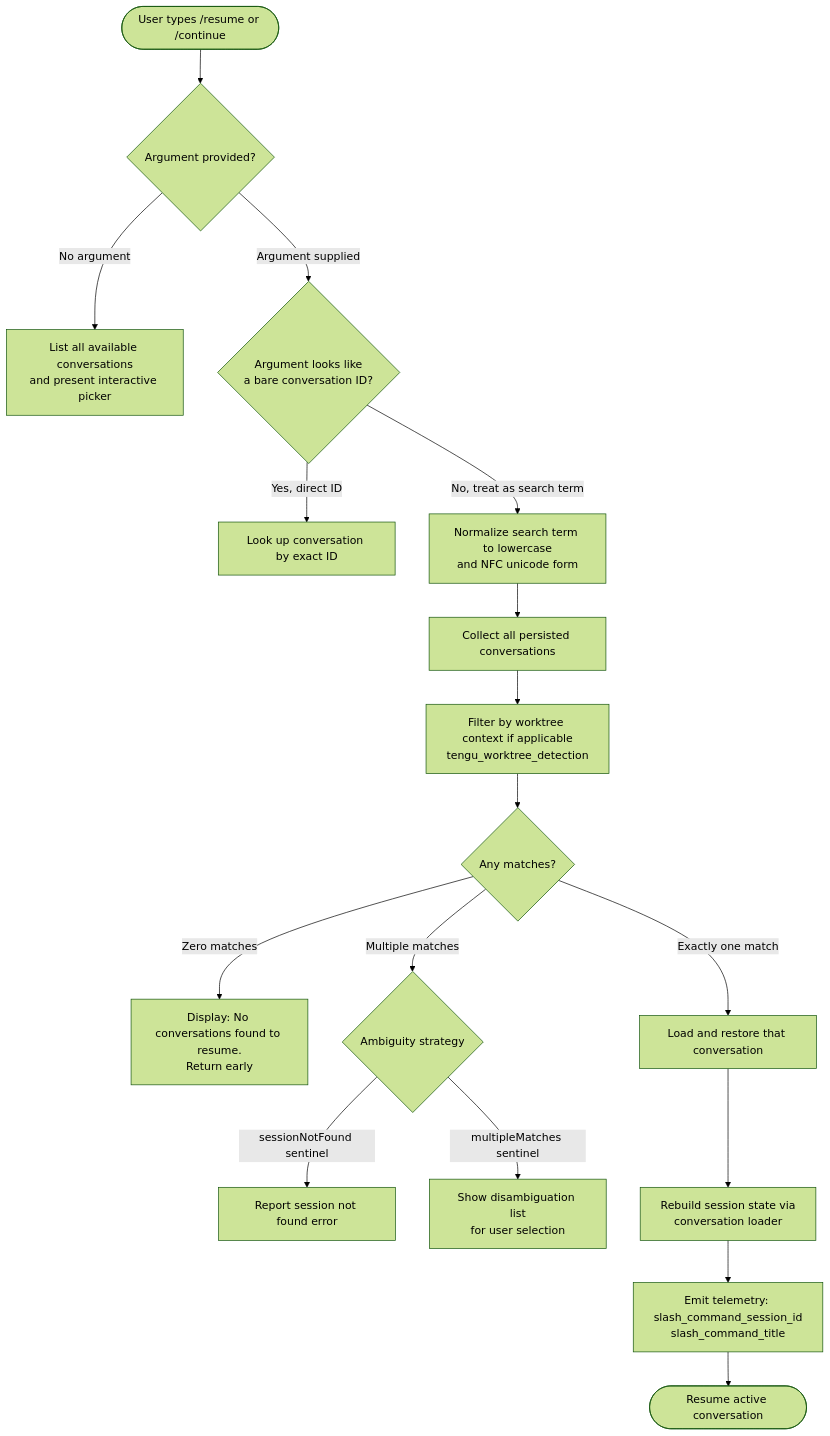
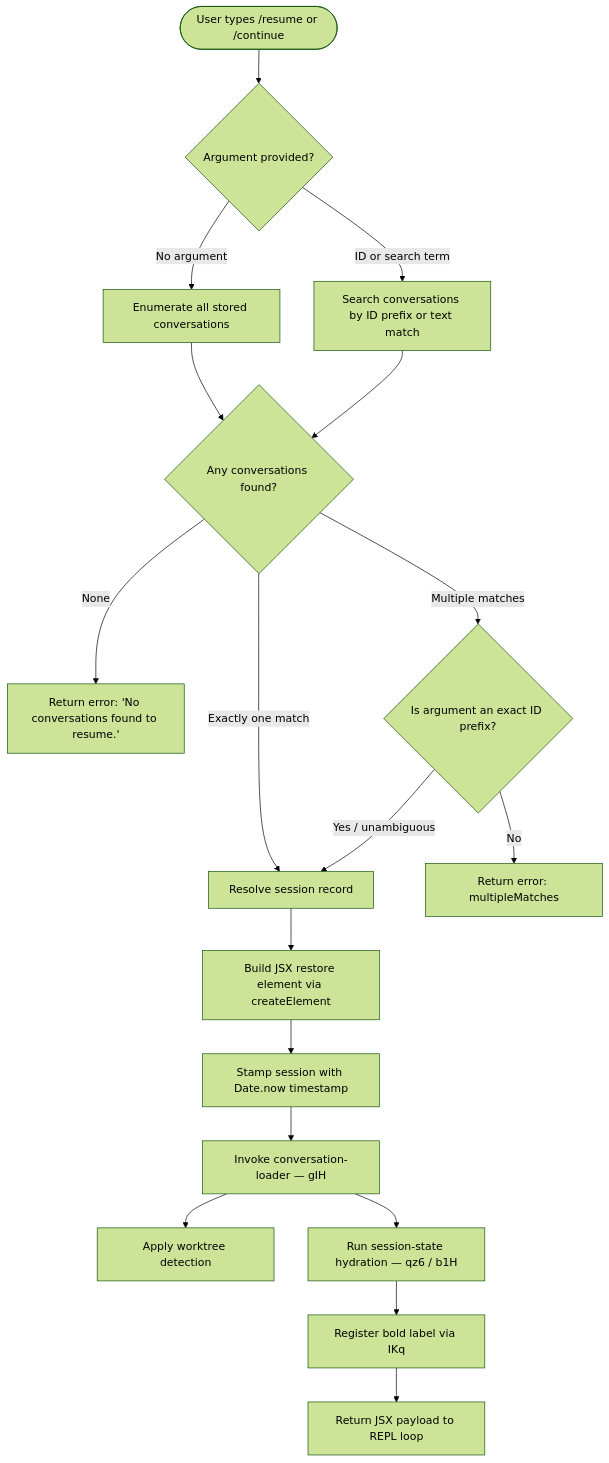
One commit to MyLittleLuckyDog/cc-gnothi changed the diagram in versions/v2.1.132/resume.md. Above: the diagram before and after it, drawn with Mermaid (forest theme). The commit also changed other lines of this file and 96 other files, not shown here.

````diff
--- a/versions/v2.1.132/resume.md
+++ b/versions/v2.1.132/resume.md
@@ -47,19 +55,20 @@
 ```mermaid
 flowchart TD
     A([User types /resume or /continue]) --> B{Argument provided?}
-    B -- No argument --> C[List all available conversations\nand present interactive picker]
-    B -- Argument supplied --> D{Argument looks like\na bare conversation ID?}
-    D -- Yes, direct ID --> E[Look up conversation by exact ID]
-    D -- No, treat as search term --> F[Normalize search term to lowercase\nand NFC unicode form]
-    F --> G[Collect all persisted conversations]
-    G --> H[Filter by worktree context if applicable\ntengu_worktree_detection]
-    H --> I{Any matches?}
-    I -- Zero matches --> J[Display: No conversations found to resume.\nReturn early]
-    I -- Exactly one match --> K[Load and restore that conversation]
-    I -- Multiple matches --> L{Ambiguity strategy}
-    L -- sessionNotFound sentinel --> M[Report session not found error]
-    L -- multipleMatches sentinel --> N[Show disambiguation list\nfor user selection]
-    K --> O[Rebuild session state via\nconversation loader]
-    O --> P[Emit telemetry: slash_command_session_id\nslash_command_title]
-    P --> Q([Resume active conversation])
+    B -- "No argument" --> C[Enumerate all stored conversations]
+    B -- "ID or search term" --> D[Search conversations by ID prefix or text match]
+    C --> E{Any conversations found?}
+    D --> E
+    E -- "None" --> F[Return error: 'No conversations found to resume.']
+    E -- "Exactly one match" --> G[Resolve session record]
+    E -- "Multiple matches" --> H{Is argument an exact ID prefix?}
+    H -- "No" --> I[Return error: multipleMatches]
+    H -- "Yes / unambiguous" --> G
+    G --> J[Build JSX restore element via createElement]
+    J --> K[Stamp session with Date.now timestamp]
+    K --> L[Invoke conversation-loader — gIH]
+    L --> M[Apply worktree detection]
+    L --> N[Run session-state hydration — qz6 / b1H]
+    N --> O[Register bold label via IKq]
+    O --> P[Return JSX payload to REPL loop]
 ```
````
